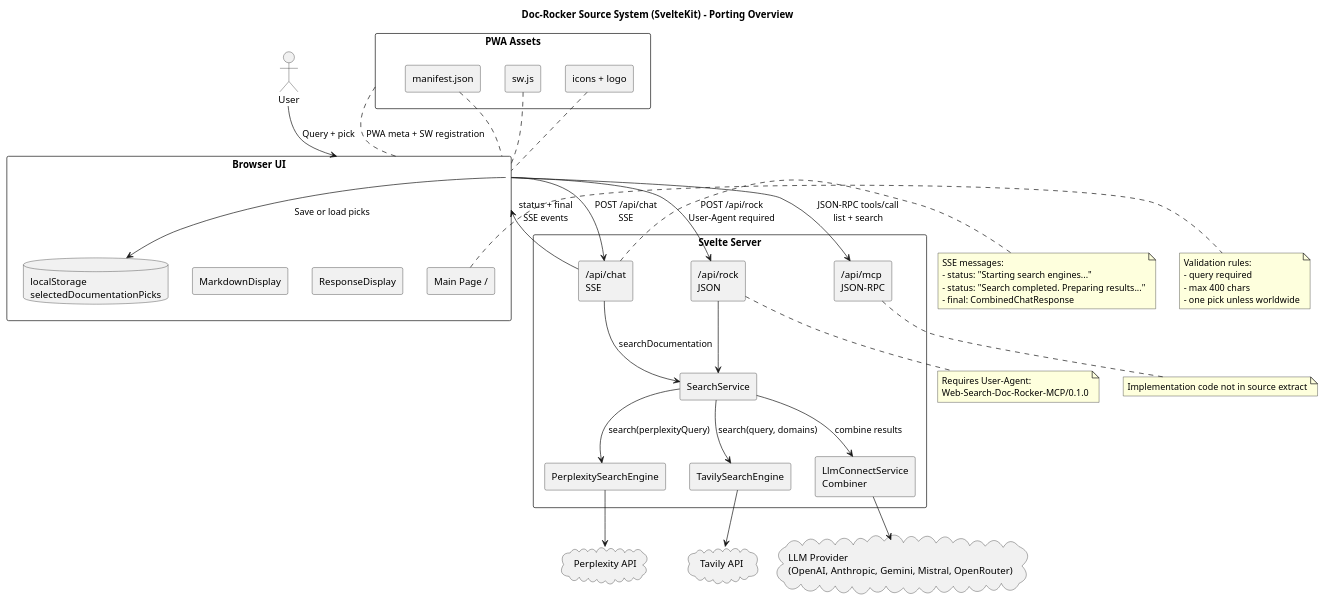
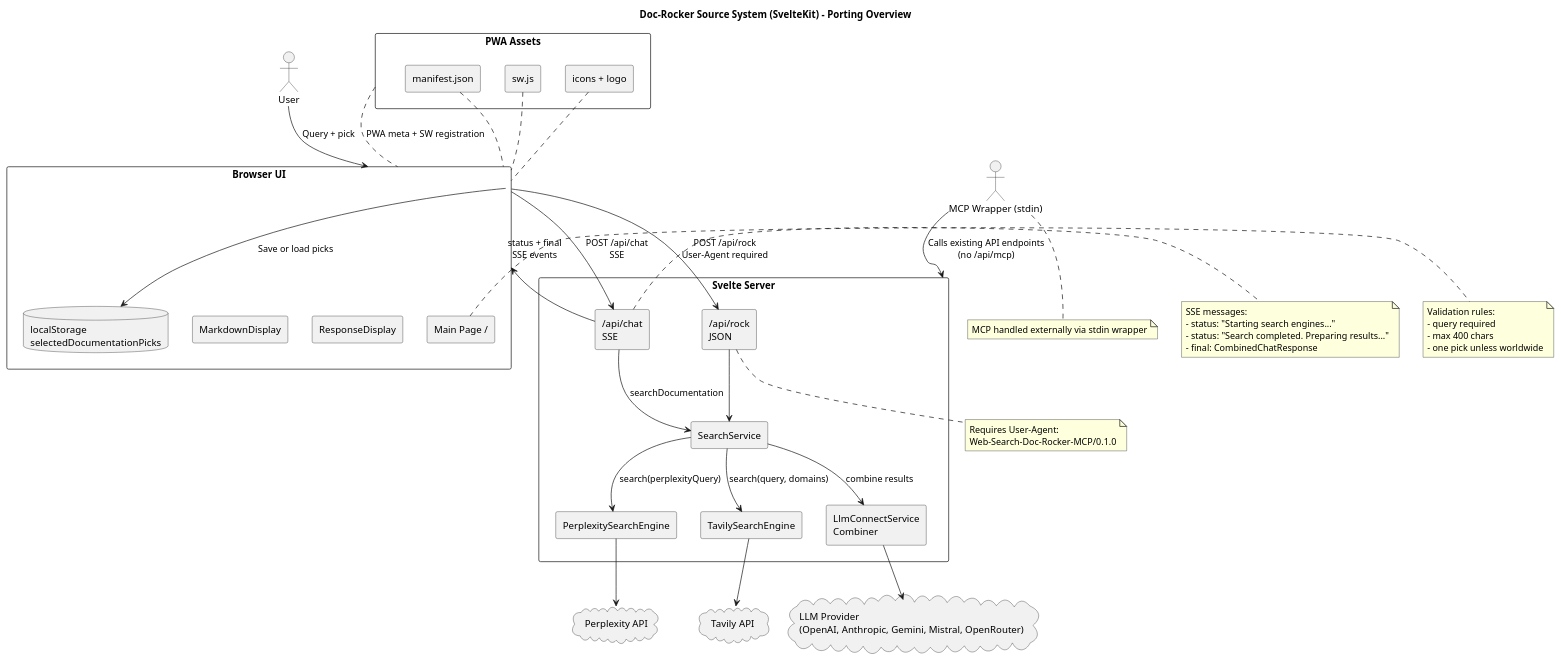
The diagram in PORTING_OVERVIEW.puml (cgint/doc-rocker-elixir), drawn with PlantUML before and after one commit. The commit also changed 4 other files, not shown here.

Commit message:
clarify mcp wrapper and update overview

```diff
--- a/PORTING_OVERVIEW.puml
+++ b/PORTING_OVERVIEW.puml
@@ -1,84 +1,83 @@
 @startuml
 
 ' Doc-Rocker source system overview for porting to LiveView
 
 title Doc-Rocker Source System (SvelteKit) - Porting Overview
 
 skinparam componentStyle rectangle
 skinparam shadowing false
 
 actor User
+actor "MCP Wrapper (stdin)" as MCPWrapper
 
 rectangle "Browser UI" as UI {
   component "Main Page /" as Page
   component "ResponseDisplay" as Response
   component "MarkdownDisplay" as Markdown
   database "localStorage\nselectedDocumentationPicks" as Storage
 }
 
 rectangle "Svelte Server" as Server {
   component "/api/chat\nSSE" as Chat
   component "/api/rock\nJSON" as Rock
-  component "/api/mcp\nJSON-RPC" as MCP
   component "SearchService" as Search
   component "PerplexitySearchEngine" as PerplexityEngine
   component "TavilySearchEngine" as TavilyEngine
   component "LlmConnectService\nCombiner" as Combiner
 }
 
 cloud "Perplexity API" as Perplexity
 cloud "Tavily API" as Tavily
 cloud "LLM Provider\n(OpenAI, Anthropic, Gemini, Mistral, OpenRouter)" as LLM
 
 rectangle "PWA Assets" as PWA {
   component "manifest.json" as Manifest
   component "sw.js" as SW
   component "icons + logo" as Icons
 }
 
 User --> UI : Query + pick
 UI --> Storage : Save or load picks
 UI --> Chat : POST /api/chat\nSSE
 Chat --> Search : searchDocumentation
 Search --> PerplexityEngine : search(perplexityQuery)
 Search --> TavilyEngine : search(query, domains)
 Search --> Combiner : combine results
 PerplexityEngine --> Perplexity
 TavilyEngine --> Tavily
 Combiner --> LLM
 Chat --> UI : status + final\nSSE events
 
 UI --> Rock : POST /api/rock\nUser-Agent required
 Rock --> Search
-
-UI --> MCP : JSON-RPC tools/call\nlist + search
+MCPWrapper --> Server : Calls existing API endpoints\n(no /api/mcp)
 
 PWA .. UI : PWA meta + SW registration
 Manifest .. UI
 SW .. UI
 Icons .. UI
 
 note right of Chat
 SSE messages:
 - status: "Starting search engines..."
 - status: "Search completed. Preparing results..."
 - final: CombinedChatResponse
 end note
 
 note right of Page
 Validation rules:
 - query required
 - max 400 chars
 - one pick unless worldwide
 end note
 
 note bottom of Rock
 Requires User-Agent:
 Web-Search-Doc-Rocker-MCP/0.1.0
 end note
 
-note bottom of MCP
-Implementation code not in source extract
+note bottom of MCPWrapper
+MCP handled externally via stdin wrapper
 end note
 
 @enduml
```
